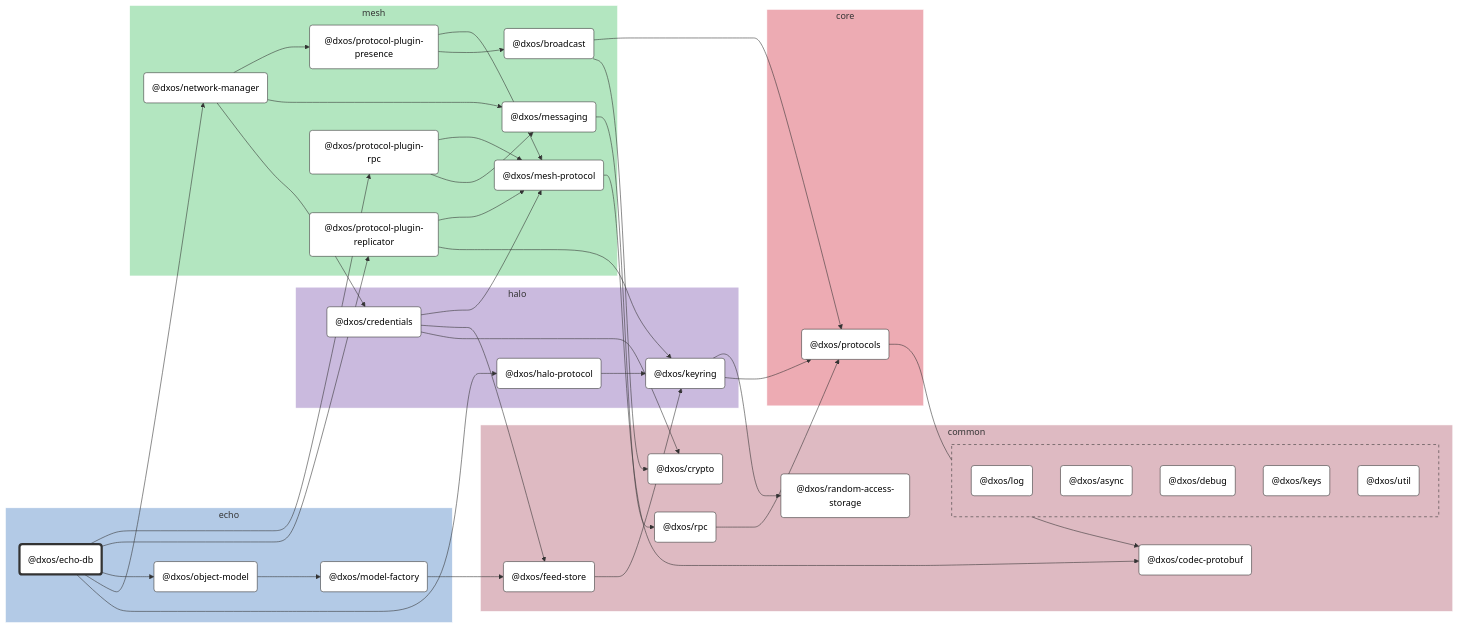
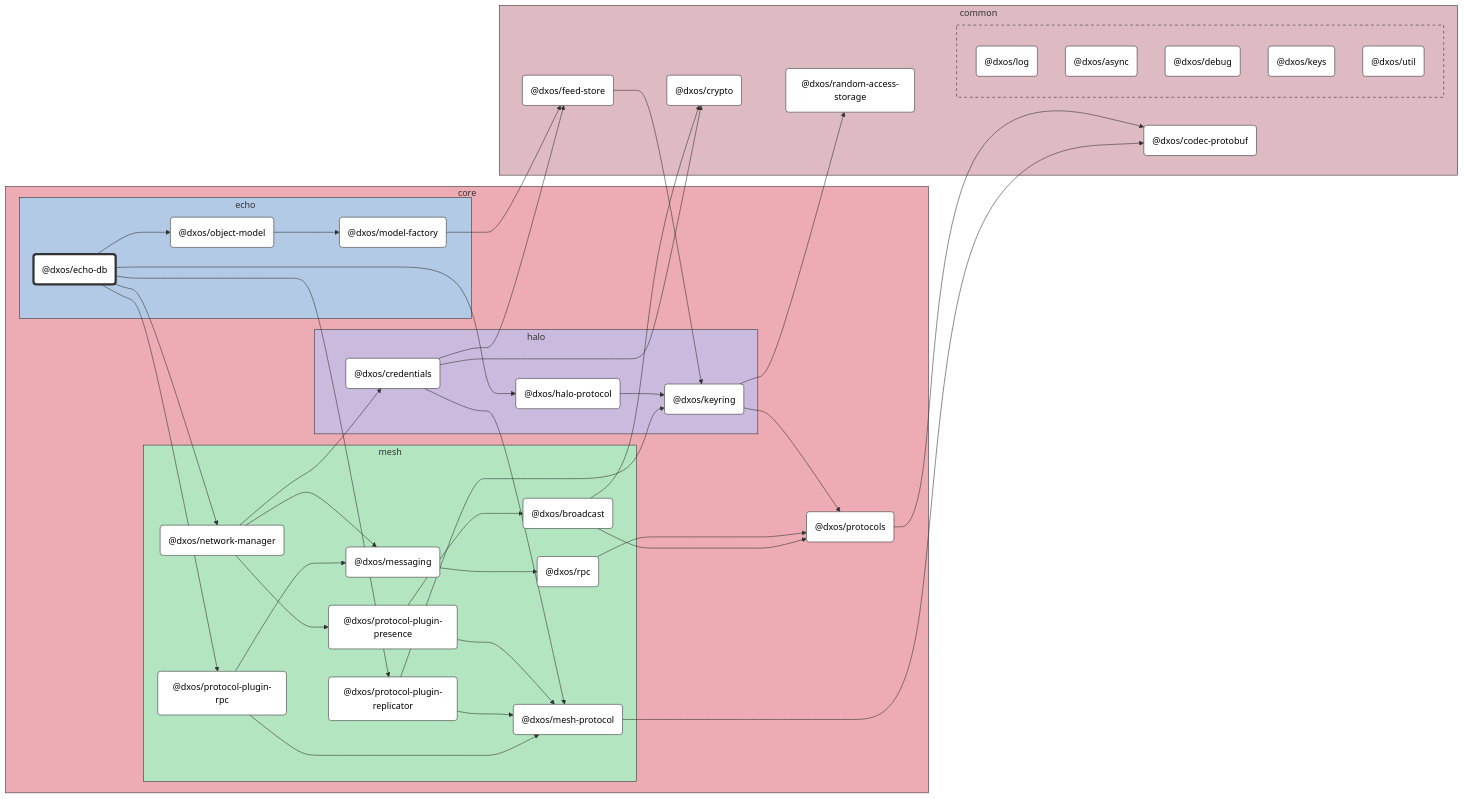
The diagram in packages/core/echo/echo-db/docs/README.md (dxos/dxos), drawn with Mermaid (neutral theme) before and after one commit. The commit also changed other lines of this file and 89 other files, not shown here.

```diff
--- a/packages/core/echo/echo-db/docs/README.md
+++ b/packages/core/echo/echo-db/docs/README.md
@@ -15,18 +15,54 @@
 
 %% Nodes
 
-subgraph echo [echo]
-  style echo fill:#b3cae6,stroke:#fff
-  dxos/echo-db("@dxos/echo-db"):::root
-  click dxos/echo-db "dxos/dxos/tree/main/packages/core/echo/echo-db/docs"
-  dxos/model-factory("@dxos/model-factory"):::def
-  click dxos/model-factory "dxos/dxos/tree/main/packages/core/echo/model-factory/docs"
-  dxos/object-model("@dxos/object-model"):::def
-  click dxos/object-model "dxos/dxos/tree/main/packages/core/echo/object-model/docs"
+subgraph core [core]
+  style core fill:#edabb3,stroke:#333
+  dxos/protocols("@dxos/protocols"):::def
+  click dxos/protocols "dxos/dxos/tree/main/packages/core/protocols/docs"
+
+  subgraph echo [echo]
+    style echo fill:#b3cae6,stroke:#333
+    dxos/echo-db("@dxos/echo-db"):::root
+    click dxos/echo-db "dxos/dxos/tree/main/packages/core/echo/echo-db/docs"
+    dxos/model-factory("@dxos/model-factory"):::def
+    click dxos/model-factory "dxos/dxos/tree/main/packages/core/echo/model-factory/docs"
+    dxos/object-model("@dxos/object-model"):::def
+    click dxos/object-model "dxos/dxos/tree/main/packages/core/echo/object-model/docs"
+  end
+
+  subgraph halo [halo]
+    style halo fill:#cabade,stroke:#333
+    dxos/credentials("@dxos/credentials"):::def
+    click dxos/credentials "dxos/dxos/tree/main/packages/core/halo/credentials/docs"
+    dxos/keyring("@dxos/keyring"):::def
+    click dxos/keyring "dxos/dxos/tree/main/packages/core/halo/keyring/docs"
+    dxos/halo-protocol("@dxos/halo-protocol"):::def
+    click dxos/halo-protocol "dxos/dxos/tree/main/packages/core/halo/halo-protocol/docs"
+  end
+
+  subgraph mesh [mesh]
+    style mesh fill:#b3e6c0,stroke:#333
+    dxos/mesh-protocol("@dxos/mesh-protocol"):::def
+    click dxos/mesh-protocol "dxos/dxos/tree/main/packages/core/mesh/mesh-protocol/docs"
+    dxos/messaging("@dxos/messaging"):::def
+    click dxos/messaging "dxos/dxos/tree/main/packages/core/mesh/messaging/docs"
+    dxos/rpc("@dxos/rpc"):::def
+    click dxos/rpc "dxos/dxos/tree/main/packages/core/mesh/rpc/docs"
+    dxos/network-manager("@dxos/network-manager"):::def
+    click dxos/network-manager "dxos/dxos/tree/main/packages/core/mesh/network-manager/docs"
+    dxos/protocol-plugin-presence("@dxos/protocol-plugin-presence"):::def
+    click dxos/protocol-plugin-presence "dxos/dxos/tree/main/packages/core/mesh/protocol-plugin-presence/docs"
+    dxos/broadcast("@dxos/broadcast"):::def
+    click dxos/broadcast "dxos/dxos/tree/main/packages/core/mesh/broadcast/docs"
+    dxos/protocol-plugin-replicator("@dxos/protocol-plugin-replicator"):::def
+    click dxos/protocol-plugin-replicator "dxos/dxos/tree/main/packages/core/mesh/protocol-plugin-replicator/docs"
+    dxos/protocol-plugin-rpc("@dxos/protocol-plugin-rpc"):::def
+    click dxos/protocol-plugin-rpc "dxos/dxos/tree/main/packages/core/mesh/protocol-plugin-rpc/docs"
+  end
 end
 
 subgraph common [common]
-  style common fill:#debac2,stroke:#fff
+  style common fill:#debac2,stroke:#333
   dxos/codec-protobuf("@dxos/codec-protobuf"):::def
   click dxos/codec-protobuf "dxos/dxos/tree/main/packages/common/codec-protobuf/docs"
   dxos/crypto("@dxos/crypto"):::def
@@ -35,11 +71,9 @@
   click dxos/feed-store "dxos/dxos/tree/main/packages/common/feed-store/docs"
   dxos/random-access-storage("@dxos/random-access-storage"):::def
   click dxos/random-access-storage "dxos/dxos/tree/main/packages/common/random-access-storage/docs"
-  dxos/rpc("@dxos/rpc"):::def
-  click dxos/rpc "dxos/dxos/tree/main/packages/core/mesh/rpc/docs"
 
-  subgraph common-excluded [ ]
-    style common-excluded fill:#debac2,stroke:#333,stroke-dasharray:5 5
+  subgraph _ [ ]
+    style _ fill:#debac2,stroke:#333,stroke-dasharray:5 5
     dxos/log("@dxos/log"):::def
     click dxos/log "dxos/dxos/tree/main/packages/common/log/docs"
     dxos/async("@dxos/async"):::def
@@ -51,40 +85,6 @@
     dxos/util("@dxos/util"):::def
     click dxos/util "dxos/dxos/tree/main/packages/common/util/docs"
   end
-end
-
-subgraph halo [halo]
-  style halo fill:#cabade,stroke:#fff
-  dxos/credentials("@dxos/credentials"):::def
-  click dxos/credentials "dxos/dxos/tree/main/packages/core/halo/credentials/docs"
-  dxos/keyring("@dxos/keyring"):::def
-  click dxos/keyring "dxos/dxos/tree/main/packages/core/halo/keyring/docs"
-  dxos/halo-protocol("@dxos/halo-protocol"):::def
-  click dxos/halo-protocol "dxos/dxos/tree/main/packages/core/halo/halo-protocol/docs"
-end
-
-subgraph core [core]
-  style core fill:#edabb3,stroke:#fff
-  dxos/protocols("@dxos/protocols"):::def
-  click dxos/protocols "dxos/dxos/tree/main/packages/core/protocols/docs"
-end
-
-subgraph mesh [mesh]
-  style mesh fill:#b3e6c0,stroke:#fff
-  dxos/mesh-protocol("@dxos/mesh-protocol"):::def
-  click dxos/mesh-protocol "dxos/dxos/tree/main/packages/core/mesh/mesh-protocol/docs"
-  dxos/messaging("@dxos/messaging"):::def
-  click dxos/messaging "dxos/dxos/tree/main/packages/core/mesh/messaging/docs"
-  dxos/network-manager("@dxos/network-manager"):::def
-  click dxos/network-manager "dxos/dxos/tree/main/packages/core/mesh/network-manager/docs"
-  dxos/protocol-plugin-presence("@dxos/protocol-plugin-presence"):::def
-  click dxos/protocol-plugin-presence "dxos/dxos/tree/main/packages/core/mesh/protocol-plugin-presence/docs"
-  dxos/broadcast("@dxos/broadcast"):::def
-  click dxos/broadcast "dxos/dxos/tree/main/packages/core/mesh/broadcast/docs"
-  dxos/protocol-plugin-replicator("@dxos/protocol-plugin-replicator"):::def
-  click dxos/protocol-plugin-replicator "dxos/dxos/tree/main/packages/core/mesh/protocol-plugin-replicator/docs"
-  dxos/protocol-plugin-rpc("@dxos/protocol-plugin-rpc"):::def
-  click dxos/protocol-plugin-rpc "dxos/dxos/tree/main/packages/core/mesh/protocol-plugin-rpc/docs"
 end
 
 %% Links
```
